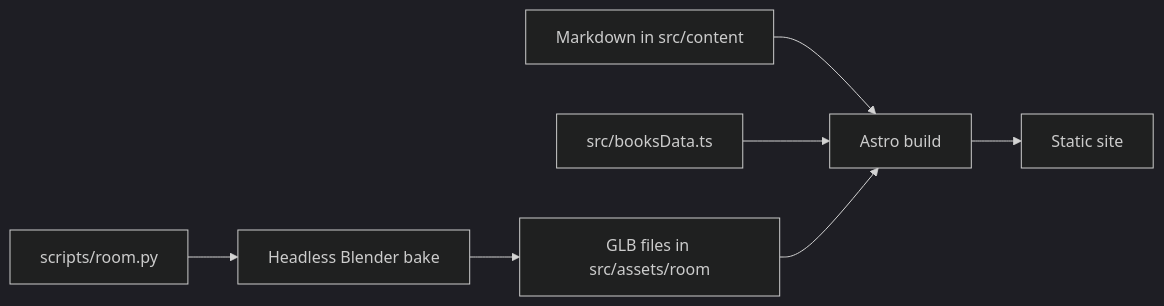
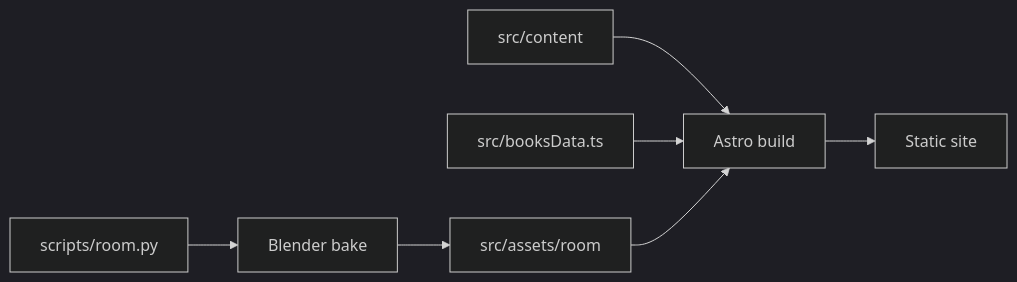
Before and after one commit to enitrat/blog: the diagram in README.md, drawn with Mermaid (dark theme). The commit also changed other lines of this file and 21 other files, not shown here.

````diff
--- a/README.md
+++ b/README.md
@@ -8,9 +7,9 @@
 ```mermaid
 flowchart LR
-	M["Markdown in src/content"] --> A["Astro build"]
+	M["src/content"] --> A["Astro build"]
 	B["src/booksData.ts"] --> A
-	P["scripts/room.py"] --> K["Headless Blender bake"]
-	K --> G["GLB files in src/assets/room"]
+	P["scripts/room.py"] --> K["Blender bake"]
+	K --> G["src/assets/room"]
 	G --> A
 	A --> S["Static site"]
 ```
````
